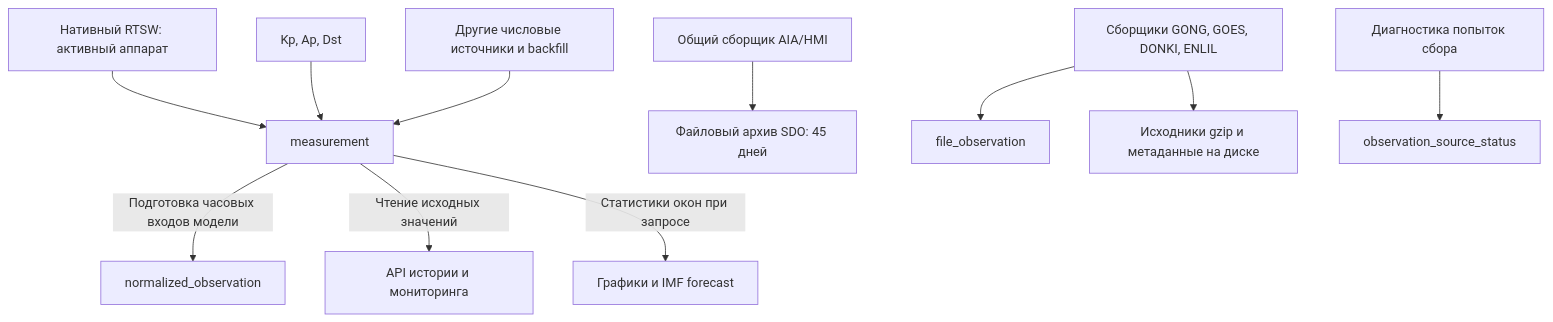
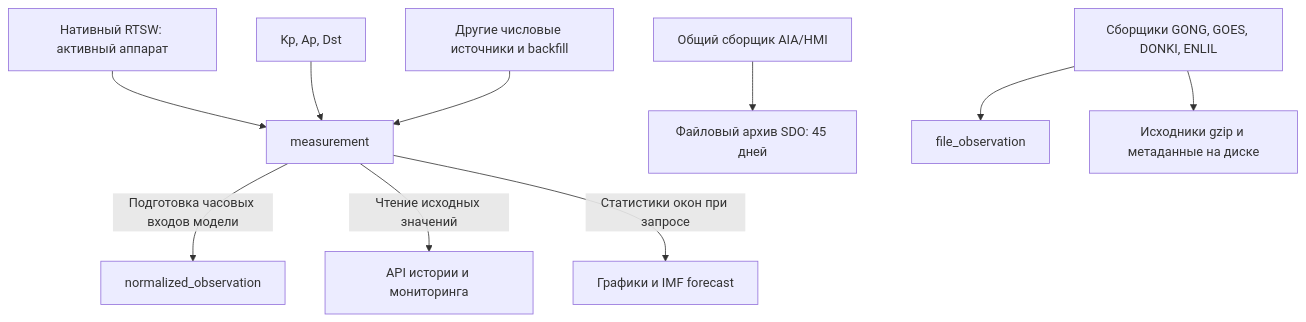
Before and after one commit to a-kryvenko/argus: the diagram in apps/clio/DATA_FLOWS.md, drawn with Mermaid. The commit also changed 65 other files, not shown here.

````diff
--- a/apps/clio/DATA_FLOWS.md
+++ b/apps/clio/DATA_FLOWS.md
@@ -3,13 +3,12 @@
 ```mermaid
 flowchart TD
     wind[Нативный RTSW: активный аппарат] --> measurement
     geo[Kp, Ap, Dst] --> measurement
     collectors[Другие числовые источники и backfill] --> measurement
     measurement -->|Подготовка часовых входов модели| normalized_observation
     measurement -->|Чтение исходных значений| api[API истории и мониторинга]
     measurement -->|Статистики окон при запросе| charts[Графики и IMF forecast]
     sdo[Общий сборщик AIA/HMI] --> archive[Файловый архив SDO: 45 дней]
     files[Сборщики GONG, GOES, DONKI, ENLIL] --> file_observation
     files --> originals[Исходники gzip и метаданные на диске]
-    monitoring[Диагностика попыток сбора] --> observation_source_status
 ```
````
